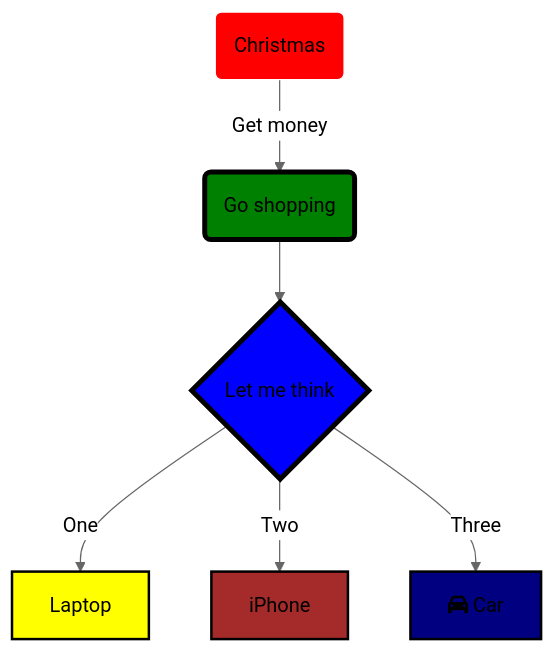
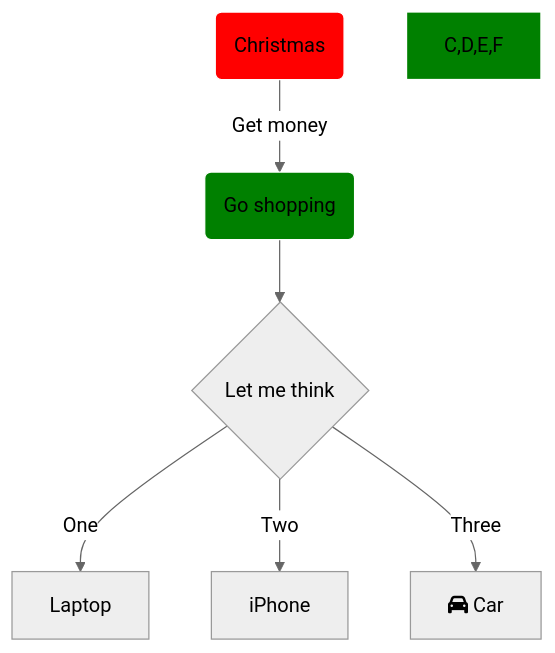
Before and after one commit to singhanmolpreet/mermaid: the second of 2 diagrams in README.md, drawn with Mermaid (neutral theme).

````diff
--- a/README.md
+++ b/README.md
@@ -12,16 +12,13 @@
 ```mermaid
 flowchart TD
     A(Christmas)-- Get money -->B(Go shopping)
     B --> C{Let me think}
     C -->|One| D[Laptop] 
     C -->|Two| E[iPhone]
     C -->|Three| F[fa:fa-car Car]
     style A fill:red,stroke:white
-    style B fill:green,stroke:black,stroke-width:4px,shadow:shadow
-    style C fill:blue,stroke:black,stroke-width:4px,shadow:shadow
-    style D fill:yellow,stroke:black,stroke-width:2px,shadow:shadow
-    style E fill:brown,stroke:black,stroke-width:2px,shadow:shadow
-    style F fill:navy,stroke:black,stroke-width:2px,shadow:shadow
-   
+    style B fill:green,stroke:white
+    style C,D,E,F fill:green,stroke:white
+    
     
 ```
````
